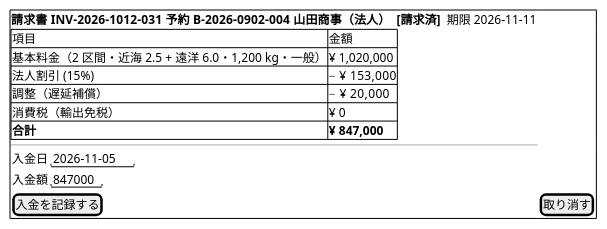
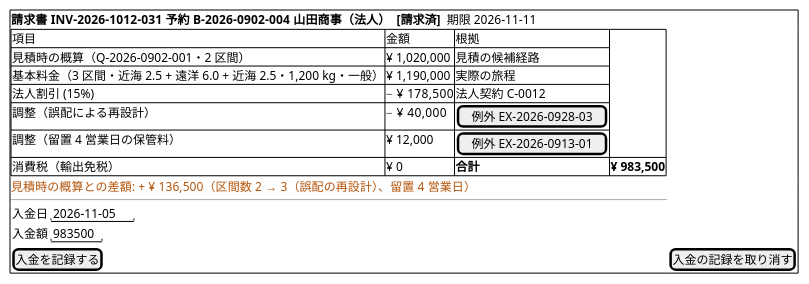
Diagram 15 of 20 in docs/design/cargo-tracker/ui_design.md (k2works/case-study-cargo-tracker), drawn with PlantUML before and after one commit. The commit also changed other lines of this file and 18 other files, not shown here.

````diff
--- a/docs/design/cargo-tracker/ui_design.md
+++ b/docs/design/cargo-tracker/ui_design.md
@@ -516,21 +690,24 @@
 ```plantuml
 @startsalt
 {+
   <b>請求書 INV-2026-1012-031  予約 B-2026-0902-004  山田商事（法人）  <b>[請求済]</b>  期限 2026-11-11
   {#
-    項目 | 金額
-    基本料金（2 区間・近海 2.5 + 遠洋 6.0・1,200 kg・一般） | ¥ 1,020,000
-    法人割引 (15%) | − ¥ 153,000
-    調整（遅延補償） | − ¥ 20,000
-    消費税（輸出免税） | ¥ 0
-    <b>合計 | <b>¥ 847,000
+    項目 | 金額 | 根拠
+    見積時の概算（Q-2026-0902-001・2 区間） | ¥ 1,020,000 | 見積の候補経路
+    基本料金（3 区間・近海 2.5 + 遠洋 6.0 + 近海 2.5・1,200 kg・一般） | ¥ 1,190,000 | 実際の旅程
+    法人割引 (15%) | − ¥ 178,500 | 法人契約 C-0012
+    調整（誤配による再設計） | − ¥ 40,000 | [例外 EX-2026-0928-03]
+    調整（留置 4 営業日の保管料） | ¥ 12,000 | [例外 EX-2026-0913-01]
+    消費税（輸出免税） | ¥ 0 |
+    <b>合計 | <b>¥ 983,500 |
   }
+  <color:#B45309>見積時の概算との差額: + ¥ 136,500（区間数 2 → 3（誤配の再設計）、留置 4 営業日）</color>
   ---
   {
     入金日 | "2026-11-05"
-    入金額 | "847000"
+    入金額 | "983500"
   }
-  [入金を記録する] | [取り消す]
+  [入金を記録する] | [入金の記録を取り消す]
 }
 @endsalt
 ```
````
